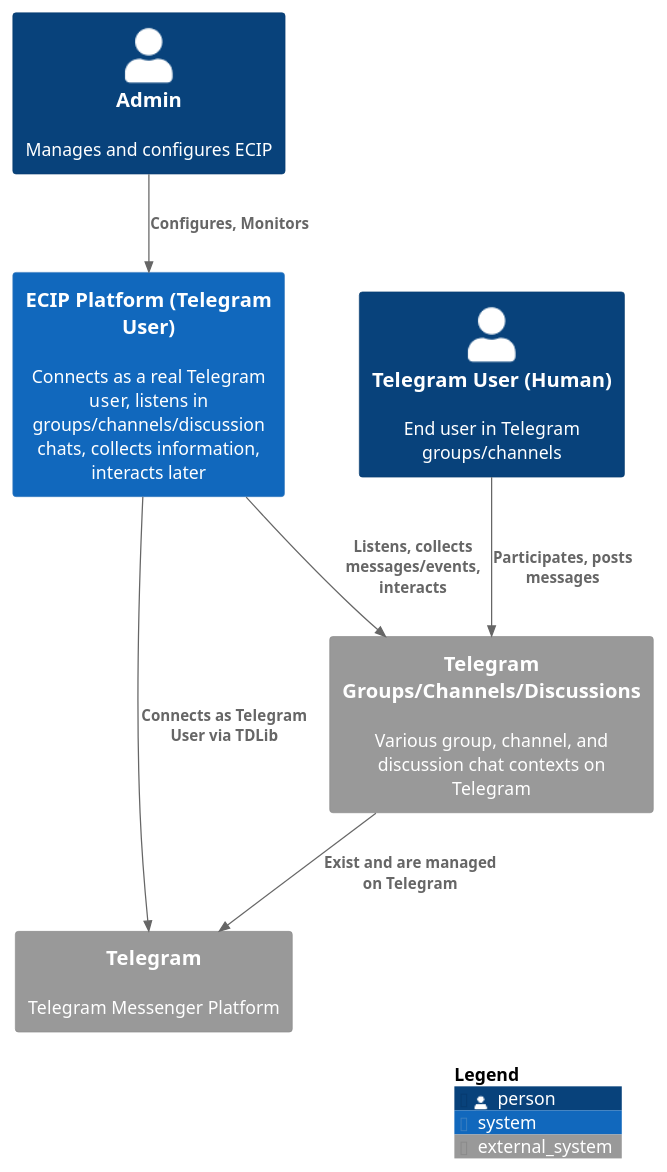
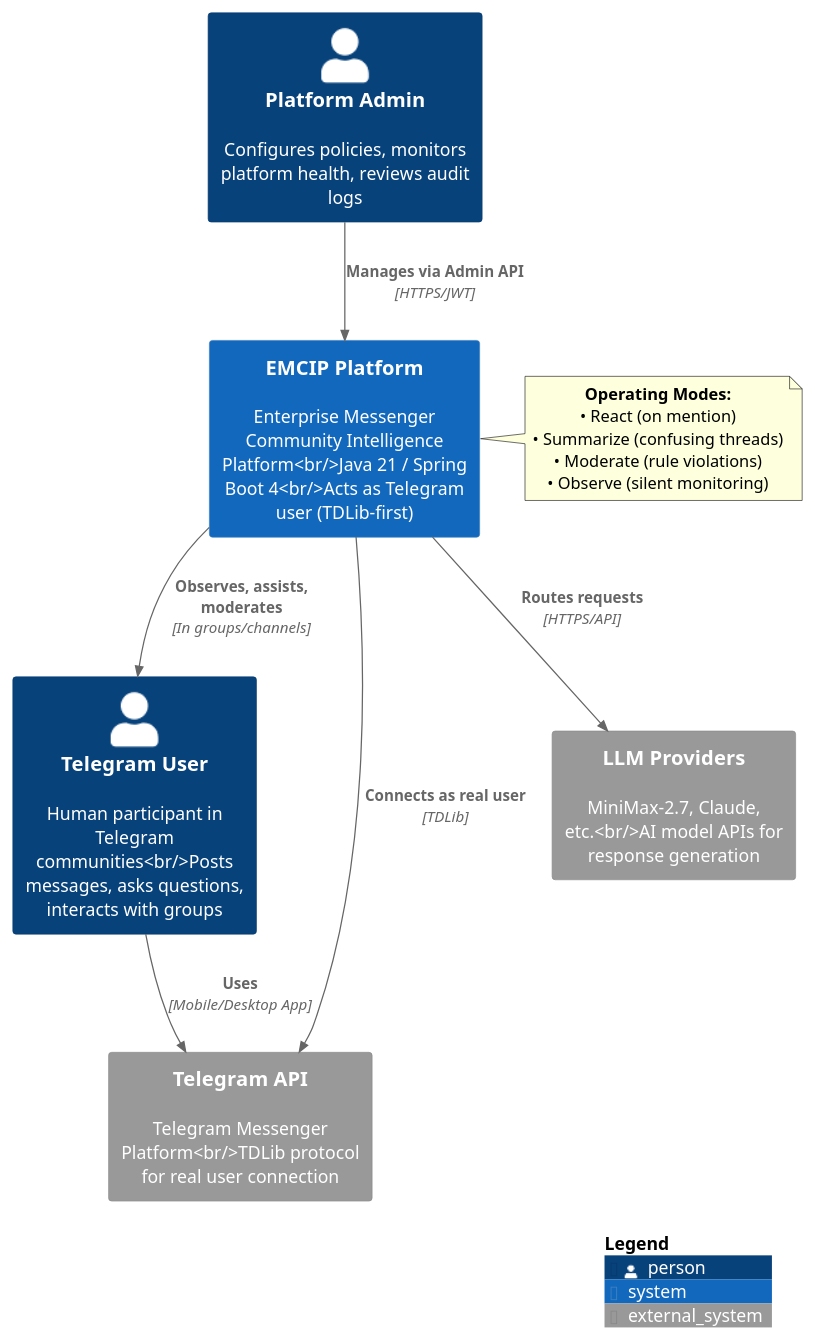
The diagram in documentation/diagrams/c1-context.puml (theyellow/ecip), drawn with PlantUML before and after one commit. The commit also changed 1 other file, not shown here.

Commit message:
docs(diagrams): update C1 context and C2 container diagrams

```diff
--- a/documentation/diagrams/c1-context.puml
+++ b/documentation/diagrams/c1-context.puml
@@ -1,17 +1,37 @@
-@startuml
+@startuml C1_System_Context
 !include https://raw.githubusercontent.com/plantuml-stdlib/C4-PlantUML/master/C4_Context.puml
 
-Person(admin, "Admin", "Manages and configures ECIP")
-Person(user, "Telegram User (Human)", "End user in Telegram groups/channels")
-System(ecip, "ECIP Platform (Telegram User)", "Connects as a real Telegram user, listens in groups/channels/discussion chats, collects information, interacts later")
-System_Ext(telegram, "Telegram", "Telegram Messenger Platform")
-System_Ext(groups, "Telegram Groups/Channels/Discussions", "Various group, channel, and discussion chat contexts on Telegram")
+' Purpose: High-level system context showing EMCIP's relationship with external actors and systems
+' Used in: architecture.adoc - System Context section
 
-Rel(admin, ecip, "Configures, Monitors")
-Rel(ecip, telegram, "Connects as Telegram User via TDLib")
-Rel(ecip, groups, "Listens, collects messages/events, interacts")
-Rel(user, groups, "Participates, posts messages")
-Rel(groups, telegram, "Exist and are managed on Telegram")
+LAYOUT_WITH_LEGEND()
+
+' Actors
+Person(admin, "Platform Admin", "Configures policies, monitors platform health, reviews audit logs")
+Person(telegram_user, "Telegram User", "Human participant in Telegram communities<br/>Posts messages, asks questions, interacts with groups")
+
+' EMCIP System
+System(ecip, "EMCIP Platform", "Enterprise Messenger Community Intelligence Platform<br/>Java 21 / Spring Boot 4<br/>Acts as Telegram user (TDLib-first)")
+
+' External Systems
+System_Ext(telegram_api, "Telegram API", "Telegram Messenger Platform<br/>TDLib protocol for real user connection")
+System_Ext(llm_provider, "LLM Providers", "MiniMax-2.7, Claude, etc.<br/>AI model APIs for response generation")
+
+' Relationships
+Rel(admin, ecip, "Manages via Admin API", "HTTPS/JWT")
+Rel(telegram_user, telegram_api, "Uses", "Mobile/Desktop App")
+Rel(ecip, telegram_api, "Connects as real user", "TDLib")
+Rel(ecip, telegram_user, "Observes, assists, moderates", "In groups/channels")
+Rel(ecip, llm_provider, "Routes requests", "HTTPS/API")
+
+' Annotations
+note right of ecip
+  <b>Operating Modes:</b>
+  • React (on mention)
+  • Summarize (confusing threads)
+  • Moderate (rule violations)
+  • Observe (silent monitoring)
+end note
 
 SHOW_LEGEND()
 @enduml
```
